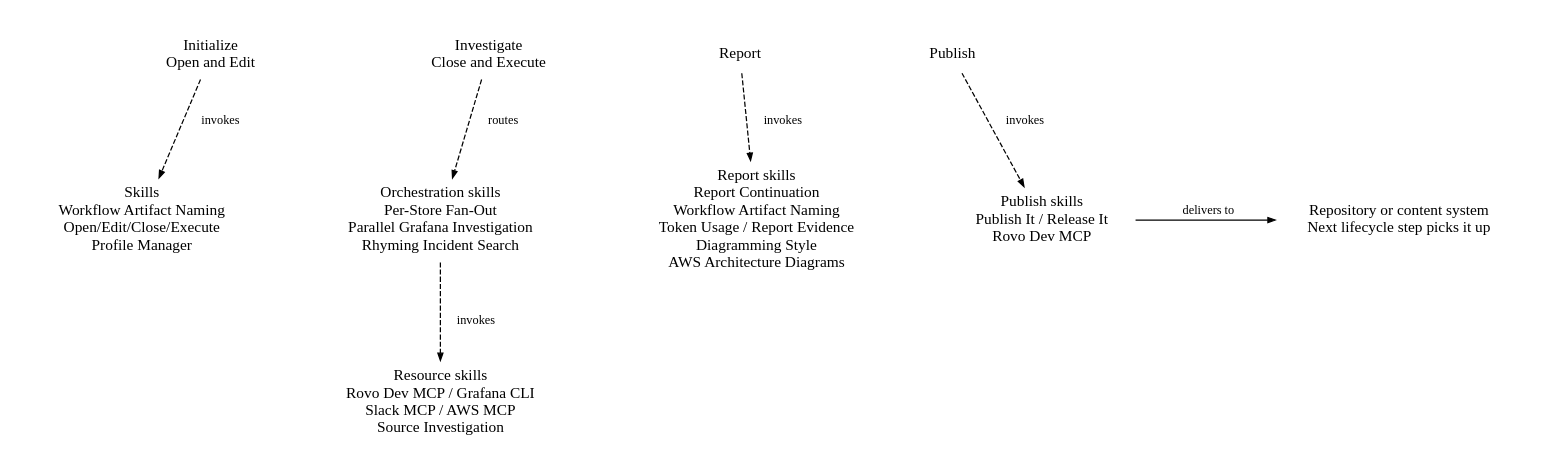
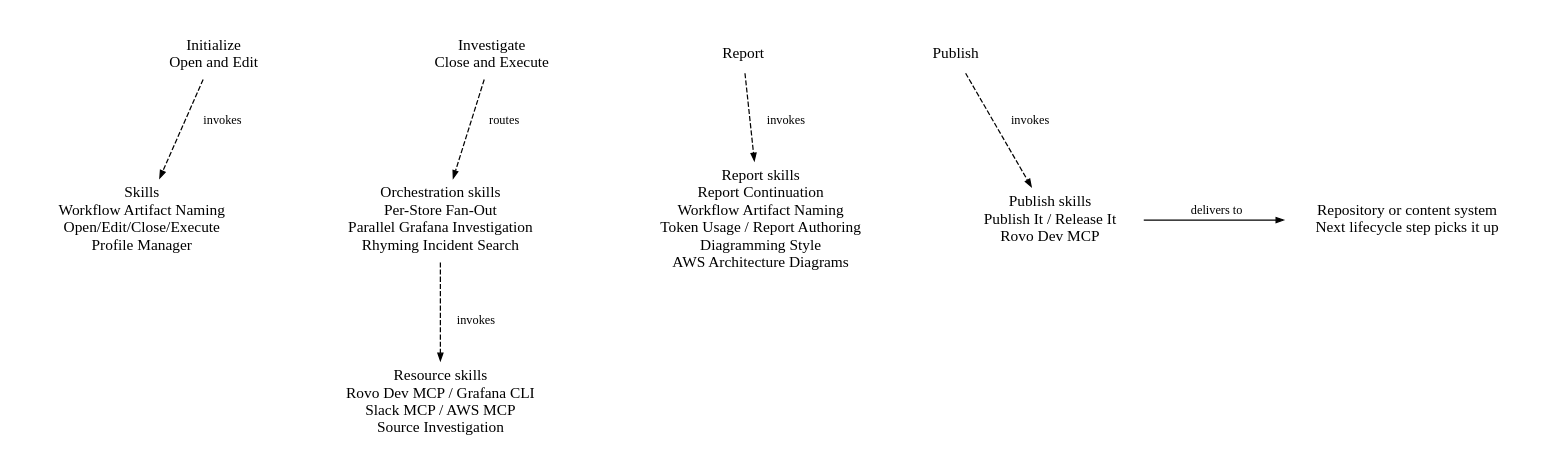
The diagram in diagrams/DIAGRAM-investigation-skill-routing.dot (orenlion1/investigation-skills), drawn with Graphviz before and after one commit. The commit also changed 39 other files, not shown here.

First line of the commit message:
refactor: rename report-evidence to report-authoring and add report layout (#91)

```diff
--- a/diagrams/DIAGRAM-investigation-skill-routing.dot
+++ b/diagrams/DIAGRAM-investigation-skill-routing.dot
@@ -1,36 +1,36 @@
 // Independent skill routes; peer placement is not an execution-order edge.
 // Coverage manifest, checked by the carried docs-contract check against the root routing table:
 // workflow-artifact-naming, open-edit-close-execute, profile-manager, token-usage,
-// report-continuation, diagramming-style, report-evidence, source-investigation, publish-it, rovo-dev-mcp,
+// report-continuation, diagramming-style, report-authoring, source-investigation, publish-it, rovo-dev-mcp,
 // aws-mcp, aws-architecture-diagrams, gcx-cli, slack-mcp, rhyming-incident-search,
 // per-store-fan-out, parallel-grafana-investigation, release-it, skill-ownership.
 // skill-ownership governs this repository rather than an investigation step, so it has no node.
 // Activity labels carry the Open/Edit/Close/Execute mode they run in, matching
 // the lifecycle view. Dashed edges invoke or route; the solid edge delivers.
 digraph InvestigationSkillRouting {
   graph [rankdir=TB, margin=0, pad=0.3, nodesep=0.85, ranksep=0.9,
          fontname="Trebuchet MS", fontsize=15, splines=polyline];
   node [shape=plaintext, fontname="Trebuchet MS", fontsize=15, margin="0.25,0.10"];
   edge [fontname="Trebuchet MS", fontsize=12, arrowsize=0.7, penwidth=1.2];
 
   initialize [label="Initialize\nOpen and Edit"];
   investigate [label="Investigate\nClose and Execute"];
   report [label="Report"];
   publish [label="Publish"];
   setup_skills [label="Skills\nWorkflow Artifact Naming\nOpen/Edit/Close/Execute\nProfile Manager"];
   orchestration_skills [label="Orchestration skills\nPer-Store Fan-Out\nParallel Grafana Investigation\nRhyming Incident Search"];
   resource_skills [label="Resource skills\nRovo Dev MCP / Grafana CLI\nSlack MCP / AWS MCP\nSource Investigation"];
-  report_skills [label="Report skills\nReport Continuation\nWorkflow Artifact Naming\nToken Usage / Report Evidence\nDiagramming Style\nAWS Architecture Diagrams"];
+  report_skills [label="Report skills\nReport Continuation\nWorkflow Artifact Naming\nToken Usage / Report Authoring\nDiagramming Style\nAWS Architecture Diagrams"];
   publish_skills [label="Publish skills\nPublish It / Release It\nRovo Dev MCP"];
   destination [label="Repository or content system\nNext lifecycle step picks it up"];
 
   { rank=same; initialize; investigate; report; publish; }
   { rank=same; setup_skills; orchestration_skills; report_skills; publish_skills; destination; }
   initialize -> investigate -> report -> publish [style=invis, weight=100];
   initialize -> setup_skills [label=<<TABLE BORDER="0" CELLBORDER="0" CELLSPACING="0" CELLPADDING="0"><TR><TD WIDTH="16"></TD><TD>invokes</TD></TR></TABLE>>, style=dashed];
   investigate -> orchestration_skills [label=<<TABLE BORDER="0" CELLBORDER="0" CELLSPACING="0" CELLPADDING="0"><TR><TD WIDTH="16"></TD><TD>routes</TD></TR></TABLE>>, style=dashed];
   orchestration_skills -> resource_skills [label=<<TABLE BORDER="0" CELLBORDER="0" CELLSPACING="0" CELLPADDING="0"><TR><TD WIDTH="16"></TD><TD>invokes</TD></TR></TABLE>>, style=dashed];
   report -> report_skills [label=<<TABLE BORDER="0" CELLBORDER="0" CELLSPACING="0" CELLPADDING="0"><TR><TD WIDTH="16"></TD><TD>invokes</TD></TR></TABLE>>, style=dashed];
   publish -> publish_skills [label=<<TABLE BORDER="0" CELLBORDER="0" CELLSPACING="0" CELLPADDING="0"><TR><TD WIDTH="16"></TD><TD>invokes</TD></TR></TABLE>>, style=dashed];
   publish_skills -> destination [label=<<TABLE BORDER="0" CELLBORDER="0" CELLSPACING="0" CELLPADDING="0"><TR><TD WIDTH="16"></TD><TD>delivers to</TD></TR></TABLE>>];
 }
```
